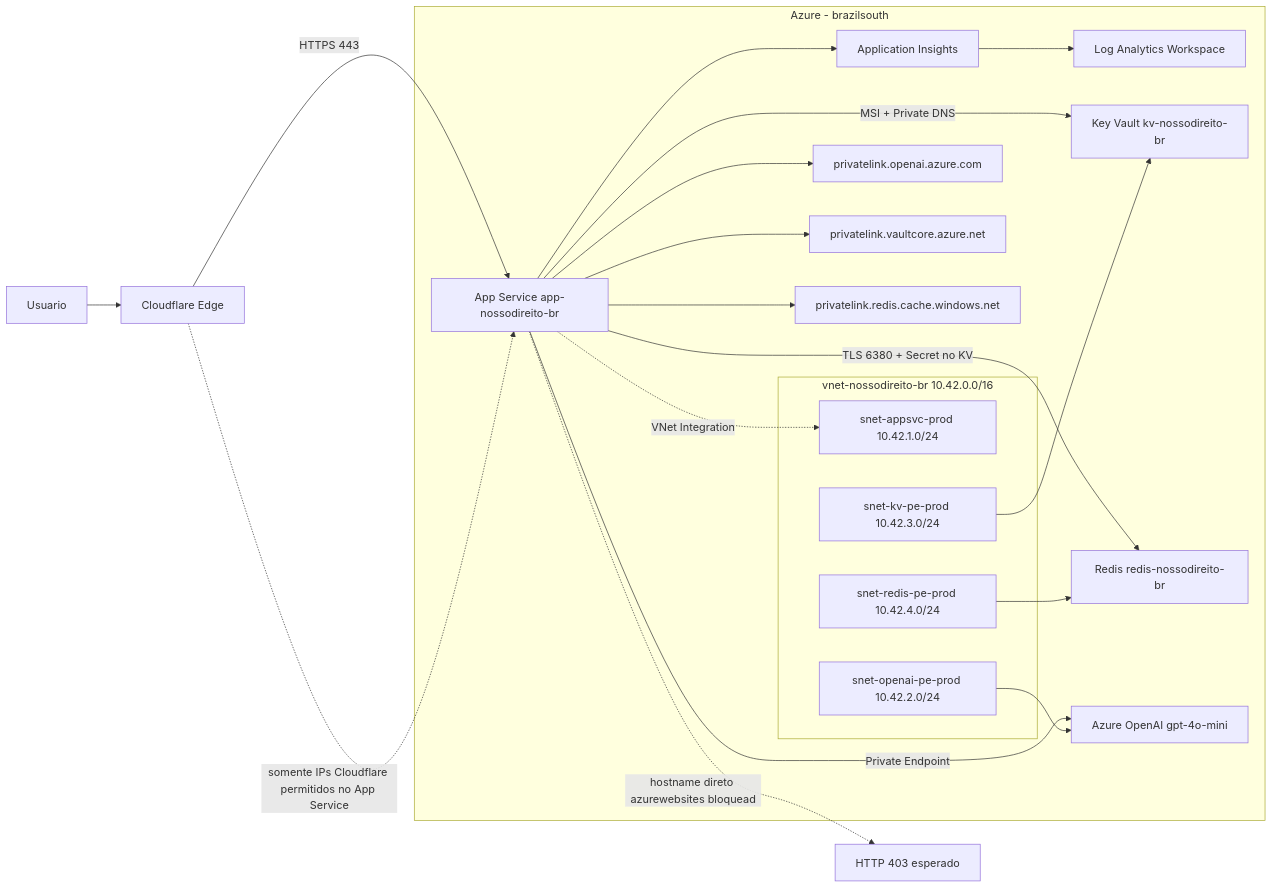
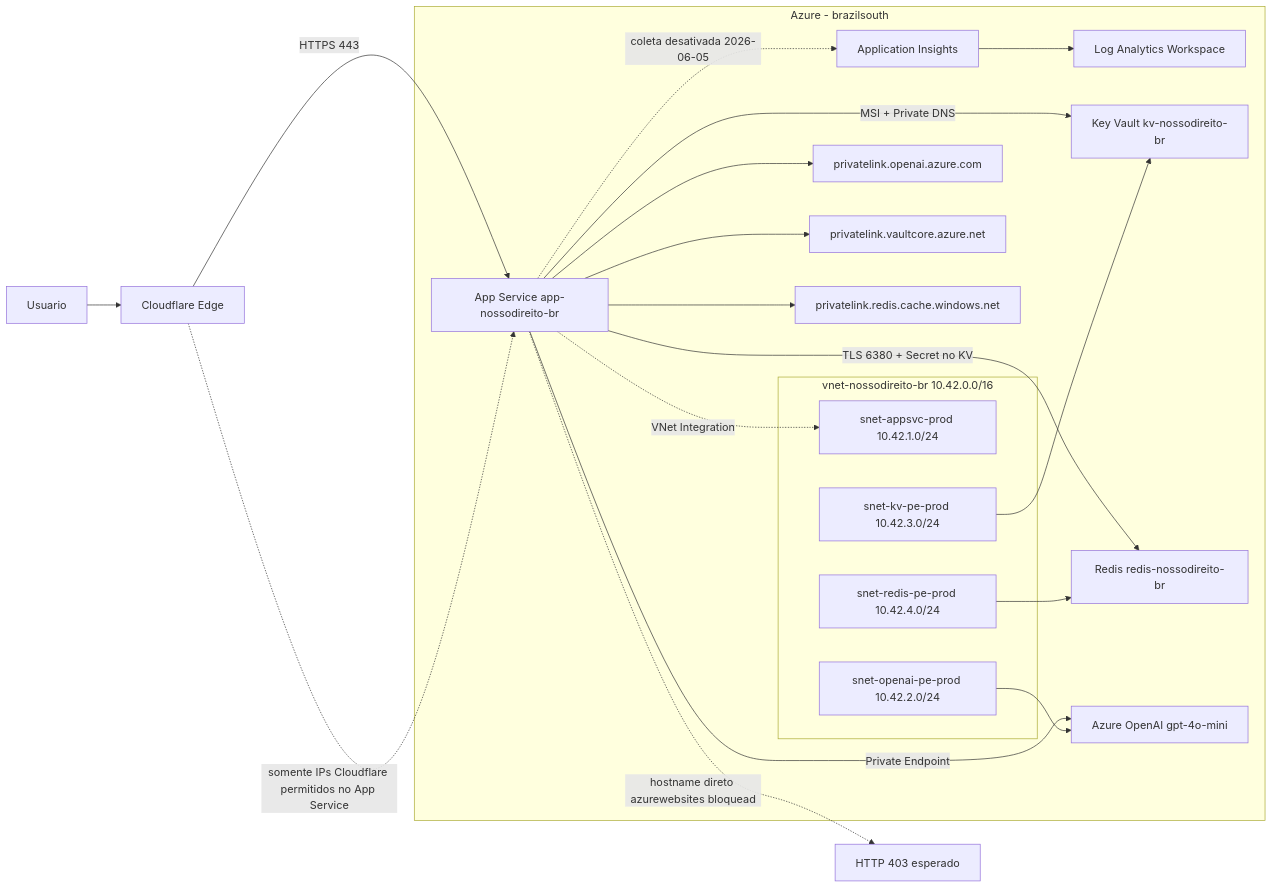
The diagram in docs/ARCHITECTURE.md (fabiotreze/nossodireito), drawn with Mermaid before and after one commit. The commit also changed other lines of this file and 5 other files, not shown here.

First line of the commit message:
fix(privacy): disable application insights telemetry collection (LGPD)

````diff
--- a/docs/ARCHITECTURE.md
+++ b/docs/ARCHITECTURE.md
@@ -39,37 +39,37 @@
 ```mermaid
 flowchart LR
 	U[Usuario] --> CF[Cloudflare Edge]
 	CF -->|HTTPS 443| APP[App Service app-nossodireito-br]
 
 	subgraph AZ[Azure - brazilsouth]
-		APP --> AI[Application Insights]
+		APP -. coleta desativada 2026-06-05 .-> AI[Application Insights]
 		AI --> LAW[Log Analytics Workspace]
 
 		subgraph VNET[vnet-nossodireito-br 10.42.0.0/16]
 			APPINT[snet-appsvc-prod 10.42.1.0/24]
 			OPEP[snet-openai-pe-prod 10.42.2.0/24]
 			KPEP[snet-kv-pe-prod 10.42.3.0/24]
 			RPEP[snet-redis-pe-prod 10.42.4.0/24]
 		end
 
 		APP -.VNet Integration.-> APPINT
 		APP -->|MSI + Private DNS| KV[Key Vault kv-nossodireito-br]
 		APP -->|TLS 6380 + Secret no KV| REDIS[Redis redis-nossodireito-br]
 		APP -->|Private Endpoint| OAI[Azure OpenAI gpt-4o-mini]
 
 		OPEP --> OAI
 		KPEP --> KV
 		RPEP --> REDIS
 
 		PDNSO[privatelink.openai.azure.com]
 		PDNSK[privatelink.vaultcore.azure.net]
 		PDNSR[privatelink.redis.cache.windows.net]
 
 		APP --> PDNSO
 		APP --> PDNSK
 		APP --> PDNSR
 	end
 
 	CF -.somente IPs Cloudflare permitidos no App Service.-> APP
 	APP -.hostname direto azurewebsites bloqueado.-> BLOCK[HTTP 403 esperado]
 ```
````
